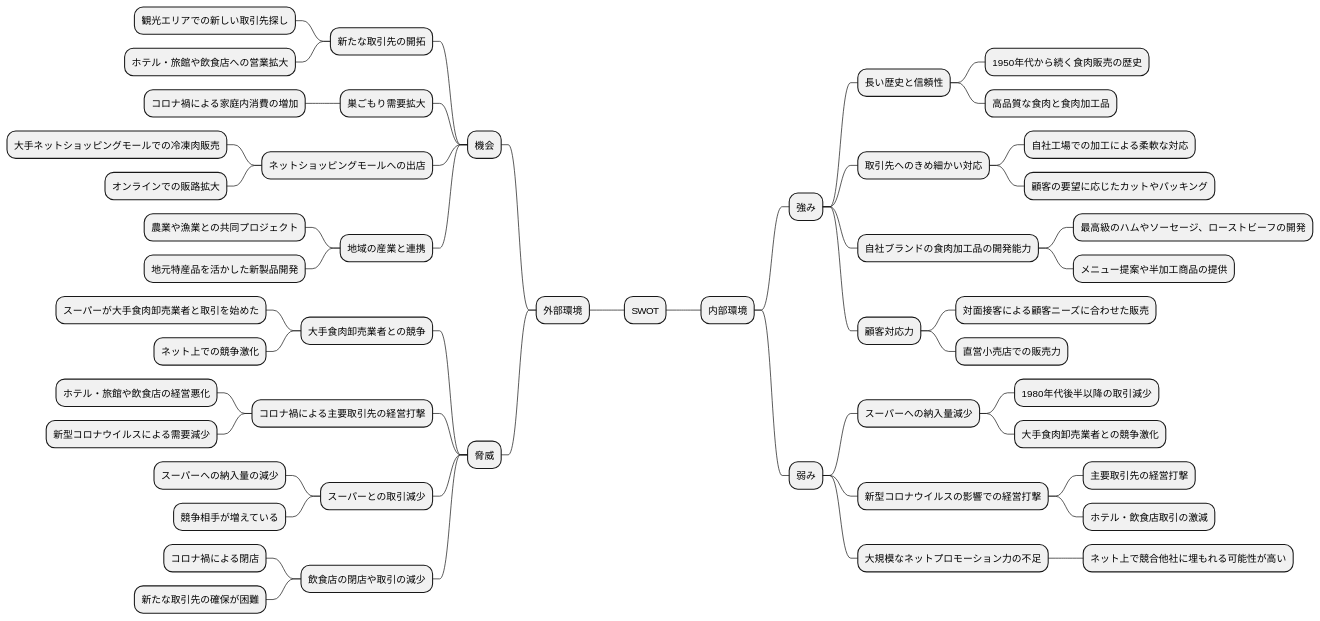
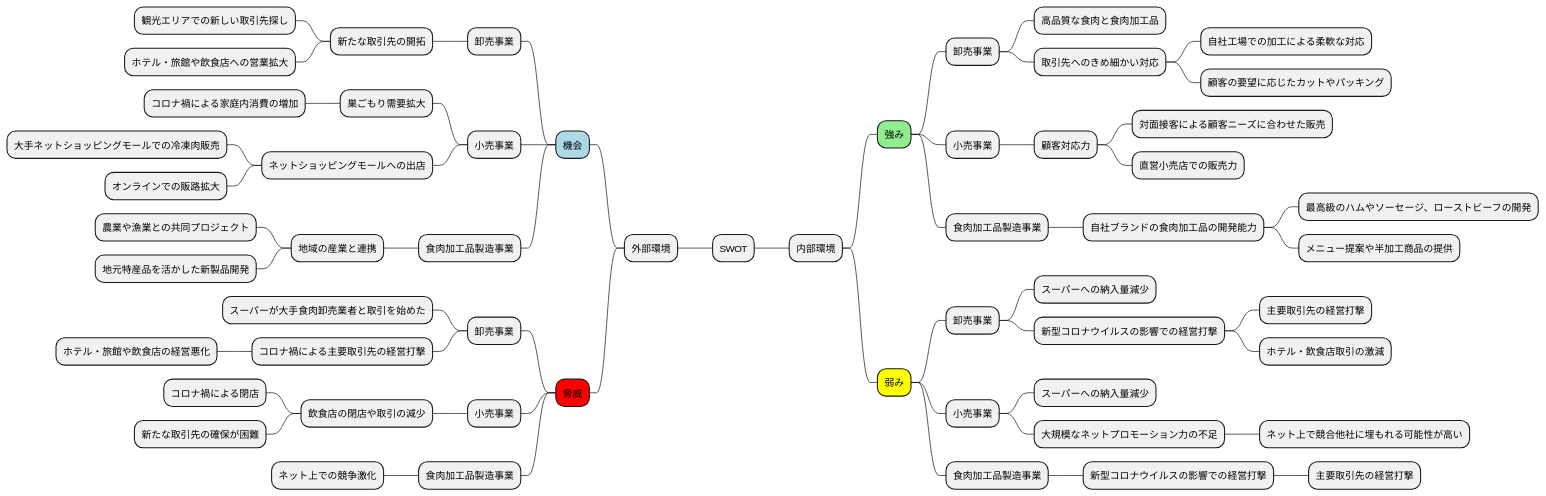
One commit to k2works/case-sutudy-business-analysis changed the third of 15 diagrams in docs/case/r04_case_2.adoc. Above: the diagram before and after it, drawn with PlantUML. The commit also changed other lines of this file, not shown here.

```diff
--- a/docs/case/r04_case_2.adoc
+++ b/docs/case/r04_case_2.adoc
@@ -135,55 +140,64 @@
 [plantuml]
 ----
 @startmindmap
 * SWOT
 -- 外部環境
---- 機会
----- 新たな取引先の開拓
------ 観光エリアでの新しい取引先探し
------ ホテル・旅館や飲食店への営業拡大
----- 巣ごもり需要拡大
------ コロナ禍による家庭内消費の増加
----- ネットショッピングモールへの出店
------ 大手ネットショッピングモールでの冷凍肉販売
------ オンラインでの販路拡大
----- 地域の産業と連携
------ 農業や漁業との共同プロジェクト
------ 地元特産品を活かした新製品開発
---- 脅威
----- 大手食肉卸売業者との競争
+---[#lightblue] 機会
+---- 卸売事業
+----- 新たな取引先の開拓
+------ 観光エリアでの新しい取引先探し
+------ ホテル・旅館や飲食店への営業拡大
+---- 小売事業
+----- 巣ごもり需要拡大
+------ コロナ禍による家庭内消費の増加
+----- ネットショッピングモールへの出店
+------ 大手ネットショッピングモールでの冷凍肉販売
+------ オンラインでの販路拡大
+---- 食肉加工品製造事業
+----- 地域の産業と連携
+------ 農業や漁業との共同プロジェクト
+------ 地元特産品を活かした新製品開発
+
+---[#red] 脅威
+---- 卸売事業
 ----- スーパーが大手食肉卸売業者と取引を始めた
+----- コロナ禍による主要取引先の経営打撃
+------ ホテル・旅館や飲食店の経営悪化
+---- 小売事業
+----- 飲食店の閉店や取引の減少
+------ コロナ禍による閉店
+------ 新たな取引先の確保が困難
+---- 食肉加工品製造事業
 ----- ネット上での競争激化
----- コロナ禍による主要取引先の経営打撃
------ ホテル・旅館や飲食店の経営悪化
------ 新型コロナウイルスによる需要減少
----- スーパーとの取引減少
------ スーパーへの納入量の減少
------ 競争相手が増えている
----- 飲食店の閉店や取引の減少
------ コロナ禍による閉店
------ 新たな取引先の確保が困難
+
 ** 内部環境
-*** 強み
-**** 長い歴史と信頼性
-***** 1950年代から続く食肉販売の歴史
+***[#lightgreen] 強み
+**** 卸売事業
 ***** 高品質な食肉と食肉加工品
-**** 取引先へのきめ細かい対応
-***** 自社工場での加工による柔軟な対応
-***** 顧客の要望に応じたカットやパッキング
-**** 自社ブランドの食肉加工品の開発能力
-***** 最高級のハムやソーセージ、ローストビーフの開発
-***** メニュー提案や半加工商品の提供
-**** 顧客対応力
-***** 対面接客による顧客ニーズに合わせた販売
-***** 直営小売店での販売力
-*** 弱み
-**** スーパーへの納入量減少
-***** 1980年代後半以降の取引減少
-***** 大手食肉卸売業者との競争激化
-**** 新型コロナウイルスの影響での経営打撃
-***** 主要取引先の経営打撃
-***** ホテル・飲食店取引の激減
-**** 大規模なネットプロモーション力の不足
-***** ネット上で競合他社に埋もれる可能性が高い
+***** 取引先へのきめ細かい対応
+****** 自社工場での加工による柔軟な対応
+****** 顧客の要望に応じたカットやパッキング
+**** 小売事業
+***** 顧客対応力
+****** 対面接客による顧客ニーズに合わせた販売
+****** 直営小売店での販売力
+**** 食肉加工品製造事業
+***** 自社ブランドの食肉加工品の開発能力
+****** 最高級のハムやソーセージ、ローストビーフの開発
+****** メニュー提案や半加工商品の提供
+
+***[#yellow] 弱み
+**** 卸売事業
+***** スーパーへの納入量減少
+***** 新型コロナウイルスの影響での経営打撃
+****** 主要取引先の経営打撃
+****** ホテル・飲食店取引の激減
+**** 小売事業
+***** スーパーへの納入量減少
+***** 大規模なネットプロモーション力の不足
+****** ネット上で競合他社に埋もれる可能性が高い
+**** 食肉加工品製造事業
+***** 新型コロナウイルスの影響での経営打撃
+****** 主要取引先の経営打撃
 @endmindmap
 ----
```
